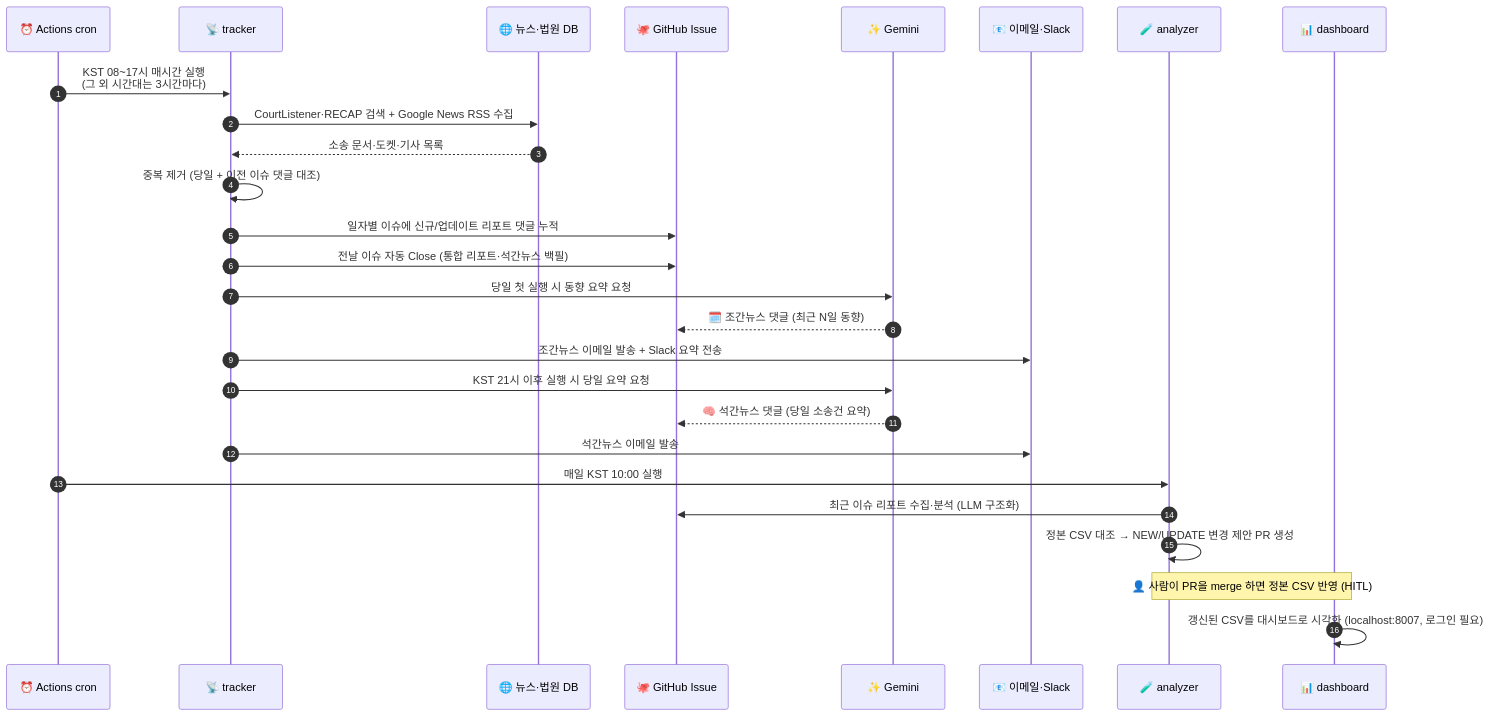
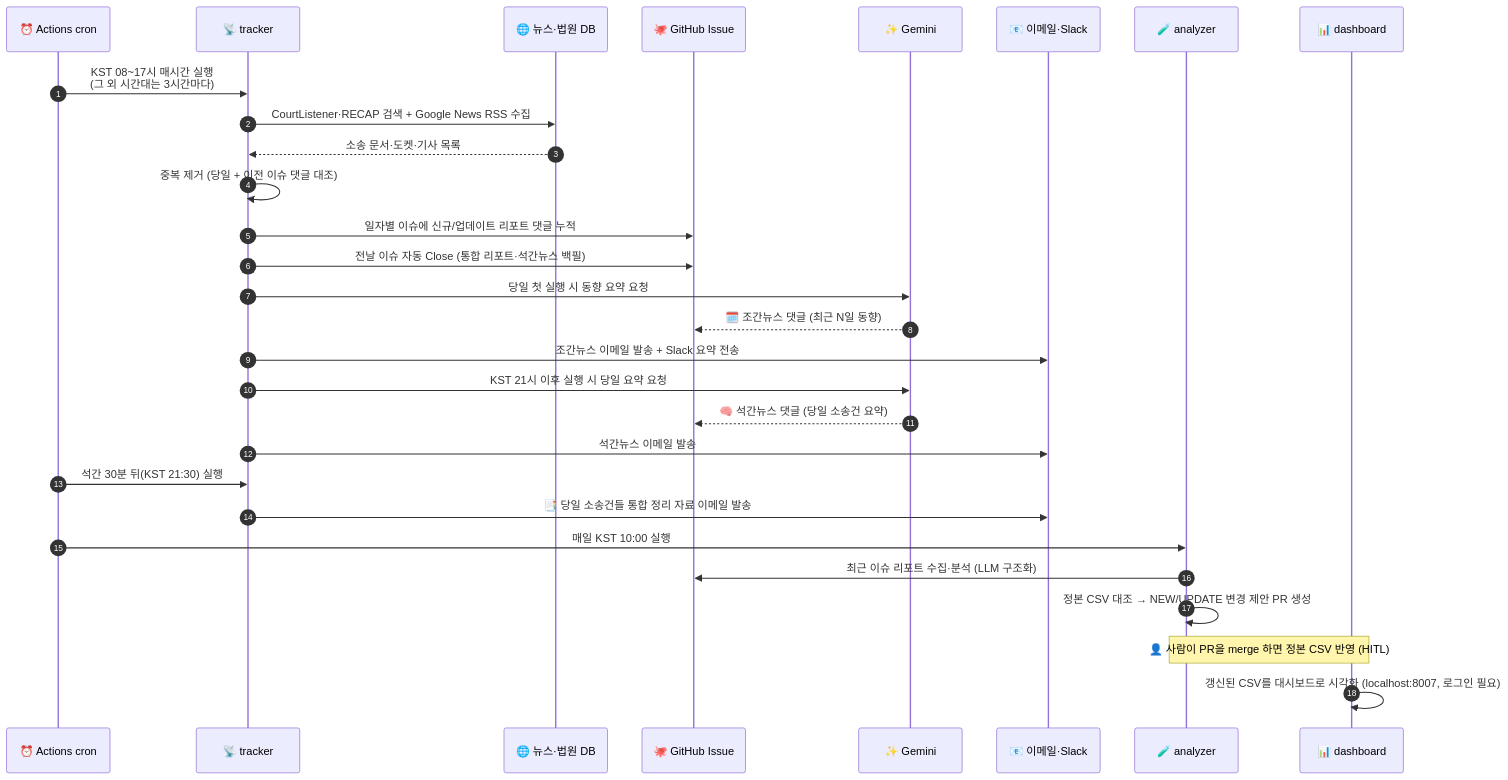
Before and after one commit to aigovsensing/ai-suit-sensing: the third of 3 diagrams in README.md, drawn with Mermaid. The commit also changed other lines of this file and 3 other files, not shown here.

````diff
--- a/README.md
+++ b/README.md
@@ -198,30 +198,32 @@
 ```mermaid
 sequenceDiagram
     autonumber
     participant CRON as ⏰ Actions cron
     participant T as 📡 tracker
     participant SRC as 🌐 뉴스·법원 DB
     participant GI as 🐙 GitHub Issue
     participant GM as ✨ Gemini
     participant N as 📧 이메일·Slack
     participant A as 🧪 analyzer
     participant D as 📊 dashboard
 
     CRON->>T: KST 08~17시 매시간 실행<br/>(그 외 시간대는 3시간마다)
     T->>SRC: CourtListener·RECAP 검색 + Google News RSS 수집
     SRC-->>T: 소송 문서·도켓·기사 목록
     T->>T: 중복 제거 (당일 + 이전 이슈 댓글 대조)
     T->>GI: 일자별 이슈에 신규/업데이트 리포트 댓글 누적
     T->>GI: 전날 이슈 자동 Close (통합 리포트·석간뉴스 백필)
     T->>GM: 당일 첫 실행 시 동향 요약 요청
     GM-->>GI: 🗓️ 조간뉴스 댓글 (최근 N일 동향)
     T->>N: 조간뉴스 이메일 발송 + Slack 요약 전송
     T->>GM: KST 21시 이후 실행 시 당일 요약 요청
     GM-->>GI: 🧠 석간뉴스 댓글 (당일 소송건 요약)
     T->>N: 석간뉴스 이메일 발송
+    CRON->>T: 석간 30분 뒤(KST 21:30) 실행
+    T->>N: 📑 당일 소송건들 통합 정리 자료 이메일 발송
     CRON->>A: 매일 KST 10:00 실행
     A->>GI: 최근 이슈 리포트 수집·분석 (LLM 구조화)
     A->>A: 정본 CSV 대조 → NEW/UPDATE 변경 제안 PR 생성
     Note over A,D: 👤 사람이 PR을 merge 하면 정본 CSV 반영 (HITL)
     D->>D: 갱신된 CSV를 대시보드로 시각화 (localhost:8007, 로그인 필요)
 ```
````
